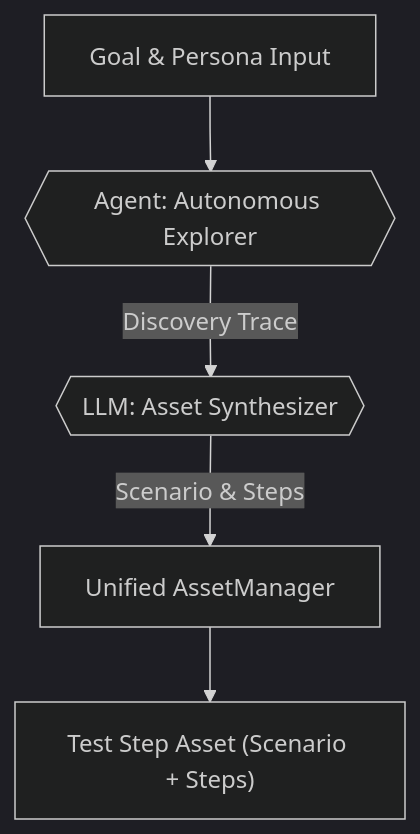
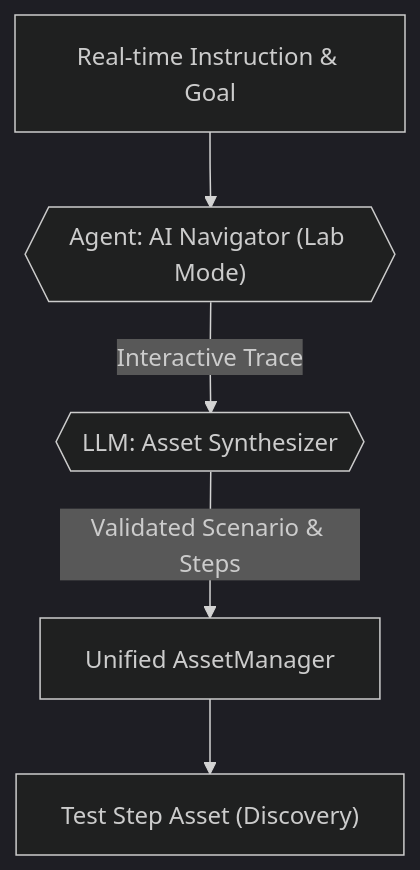
Before and after one commit to hyunju80/qone: the second of 3 diagrams in docs/ai_llm_spec.md, drawn with Mermaid (dark theme). The commit also changed other lines of this file and 23 other files, not shown here.

````diff
--- a/docs/ai_llm_spec.md
+++ b/docs/ai_llm_spec.md
@@ -452,7 +452,7 @@
 ```mermaid
 graph TD
-    I["Goal & Persona Input"] --> J{{"Agent: Autonomous Explorer"}}
-    J -- "Discovery Trace" --> K{{"LLM: Asset Synthesizer"}}
-    K -- "Scenario & Steps" --> L["Unified AssetManager"]
-    L --> M["Test Step Asset (Scenario + Steps)"]
+    I["Real-time Instruction & Goal"] --> J{{"Agent: AI Navigator (Lab Mode)"}}
+    J -- "Interactive Trace" --> K{{"LLM: Asset Synthesizer"}}
+    K -- "Validated Scenario & Steps" --> L["Unified AssetManager"]
+    L --> M["Test Step Asset (Discovery)"]
 ```
````
